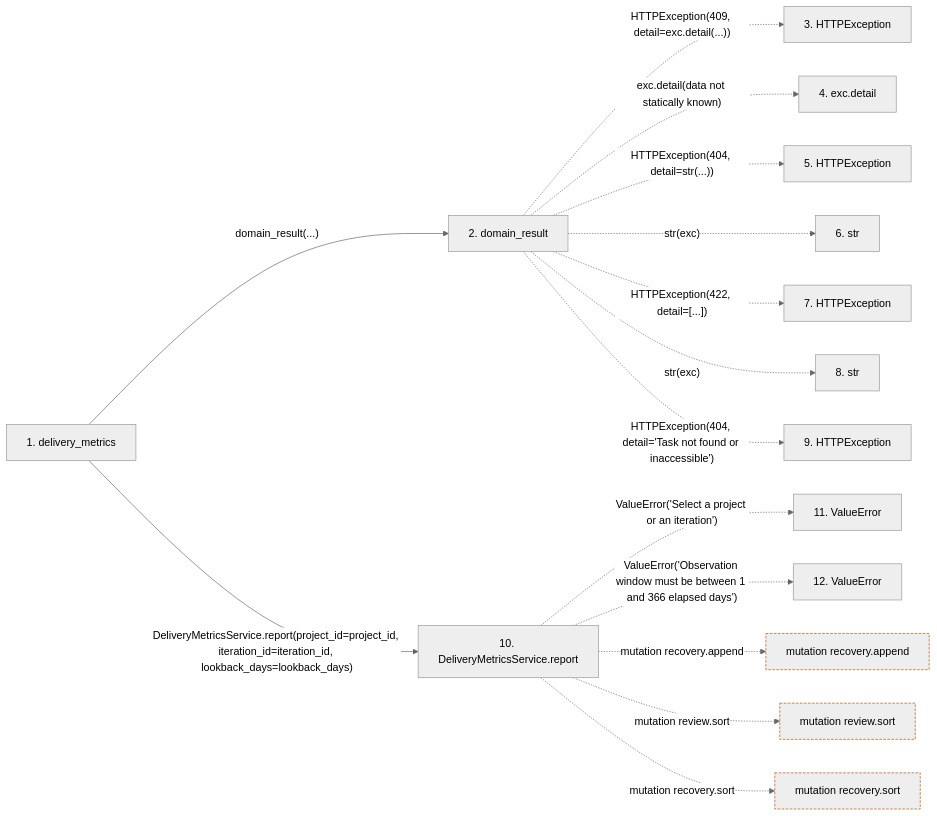
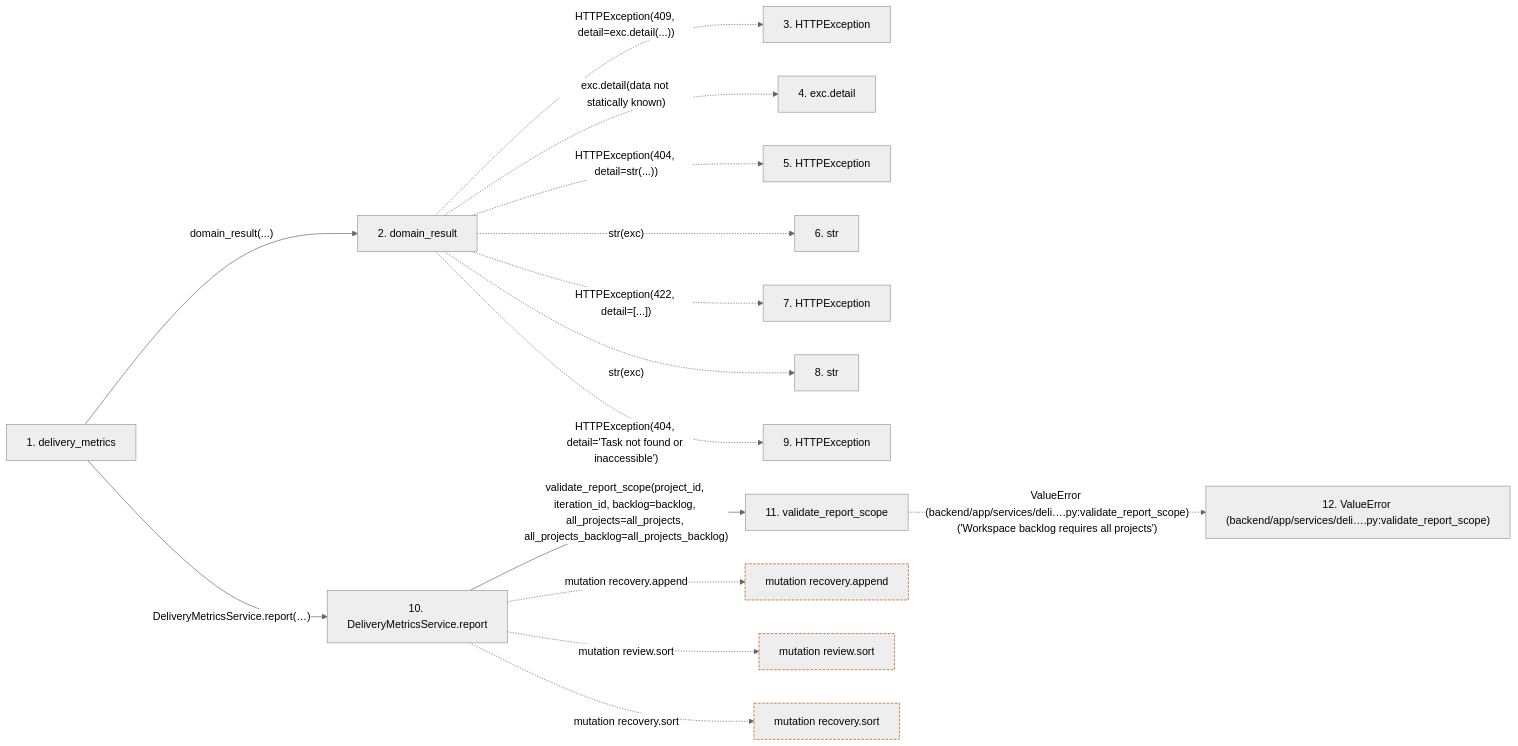
One commit to Denissvgn/WorkChord changed the second of 2 diagrams in docs/llm_wiki/flows/http-delivery_metrics.md. Above: the diagram before and after it, drawn with Mermaid (neutral theme). The commit also changed other lines of this file and 2373 other files, not shown here.

````diff
--- a/docs/llm_wiki/flows/http-delivery_metrics.md
+++ b/docs/llm_wiki/flows/http-delivery_metrics.md
@@ -129,39 +130,40 @@
 ```mermaid
 flowchart LR
     s1["1. delivery_metrics"]
     s2["2. domain_result"]
     s3["3. HTTPException"]
     s4["4. exc.detail"]
     s5["5. HTTPException"]
     s6["6. str"]
     s7["7. HTTPException"]
     s8["8. str"]
     s9["9. HTTPException"]
     s10["10. DeliveryMetricsService.report"]
-    s11["11. ValueError"]
-    s12["12. ValueError"]
+    s11["11. validate_report_scope"]
+    s12["12. ValueError (backend/app/services/deli….py:validate_report_scope)"]
     s1 -->|"domain_result(...)"| s2
     s2 -. "HTTPException(409, detail=exc.detail(...))" .-> s3
     s2 -. "exc.detail(data not statically known)" .-> s4
     s2 -. "HTTPException(404, detail=str(...))" .-> s5
     s2 -. "str(exc)" .-> s6
     s2 -. "HTTPException(422, detail=[...])" .-> s7
     s2 -. "str(exc)" .-> s8
     s2 -. "HTTPException(404, detail='Task not found or inaccessible')" .-> s9
-    s1 -->|"DeliveryMetricsService.report(project_id=project_id, iteration_id=iteration_id, lookback_days=lookback_days)"| s10
-    s10 -. "ValueError('Select a project or an iteration')" .-> s11
-    s10 -. "ValueError('Observation window must be between 1 and 366 elapsed days')" .-> s12
+    s1 -->|"DeliveryMetricsService.report(…)"| s10
+    s10 -->|"validate_report_scope(project_id, iteration_id, backlog=backlog, all_projects=all_projects, all_projects_backlog=all_projects_backlog)"| s11
+    s11 -. "ValueError (backend/app/services/deli….py:validate_report_scope)('Workspace backlog requires all projects')" .-> s12
     b0["mutation recovery.append"]
     s10 -. "mutation recovery.append" .-> b0
     b1["mutation review.sort"]
     s10 -. "mutation review.sort" .-> b1
     b2["mutation recovery.sort"]
     s10 -. "mutation recovery.sort" .-> b2
     click s1 "../modules/routers_task_domain.md"
     click s2 "../modules/routers_task_domain.md"
     click s10 "../modules/delivery_metrics_service.md"
+    click s11 "../modules/delivery_metrics_service.md"
     classDef boundary stroke:#b45309,stroke-dasharray: 4 2
     class b0 boundary
     class b1 boundary
     class b2 boundary
 ```
````
